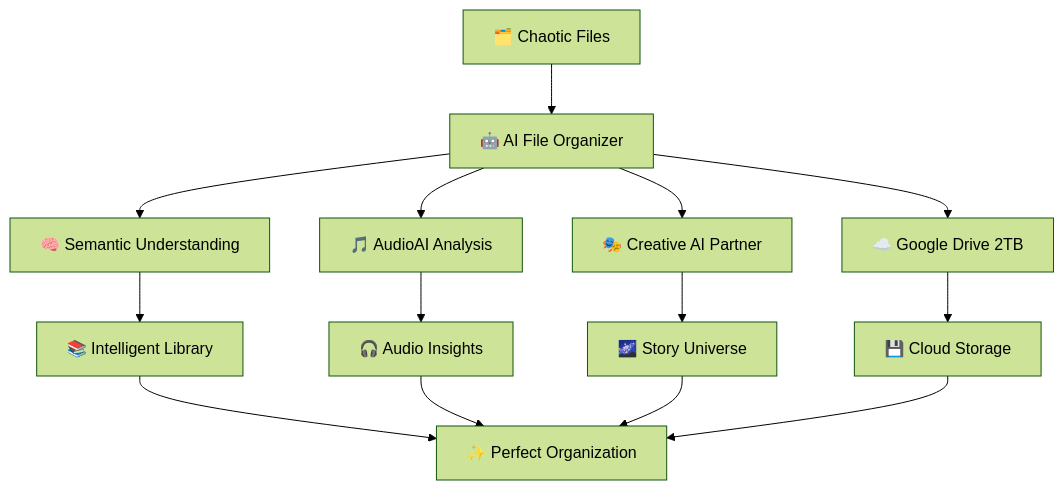
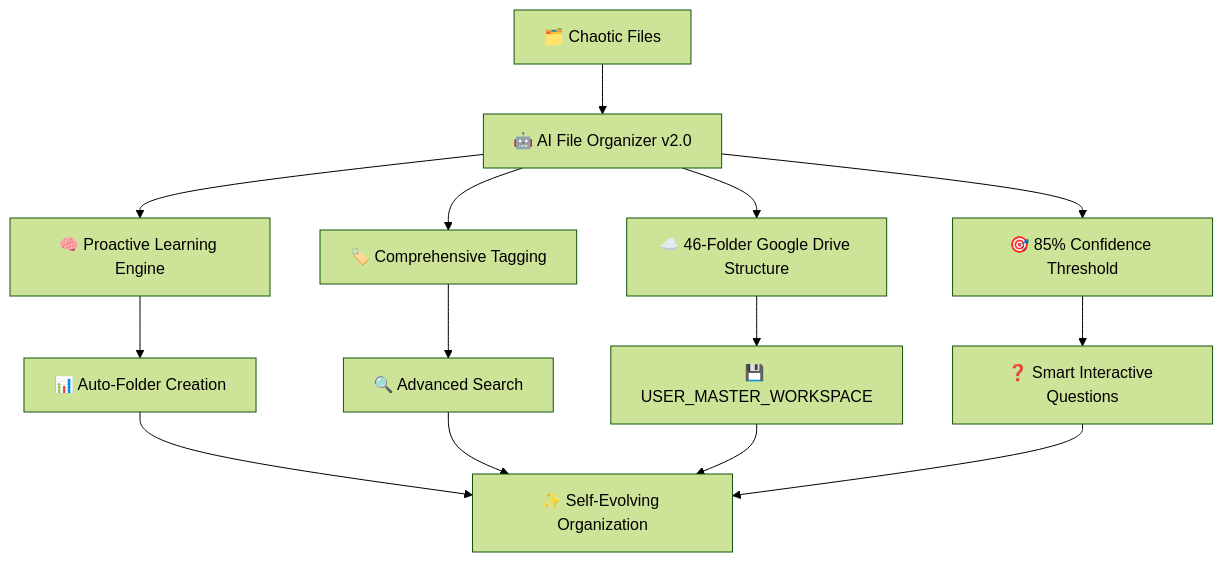
Before and after one commit to thebearwithabite/ai-file-organizer: the first of 12 diagrams in README.md, drawn with Mermaid (forest theme). The commit also changed other lines of this file and 7 other files, not shown here.

````diff
--- a/README.md
+++ b/README.md
@@ -26,18 +26,18 @@
 ```mermaid
 graph TB
-    A[🗂️ Chaotic Files] --> B[🤖 AI File Organizer]
-    B --> C[🧠 Semantic Understanding]
-    B --> D[🎵 AudioAI Analysis]
-    B --> E[🎭 Creative AI Partner]
-    B --> F[☁️ Google Drive 2TB]
+    A[🗂️ Chaotic Files] --> B[🤖 AI File Organizer v2.0]
+    B --> C[🧠 Proactive Learning Engine]
+    B --> D[🏷️ Comprehensive Tagging]
+    B --> E[☁️ 46-Folder Google Drive Structure]
+    B --> F[🎯 85% Confidence Threshold]
     
-    C --> G[📚 Intelligent Library]
-    D --> H[🎧 Audio Insights]
-    E --> I[🌌 Story Universe]
-    F --> J[💾 Cloud Storage]
+    C --> G[📊 Auto-Folder Creation]
+    D --> H[🔍 Advanced Search]
+    E --> I[💾 USER_MASTER_WORKSPACE]
+    F --> J[❓ Smart Interactive Questions]
     
-    G --> K[✨ Perfect Organization]
+    G --> K[✨ Self-Evolving Organization]
     H --> K
     I --> K
     J --> K
 ```
````
